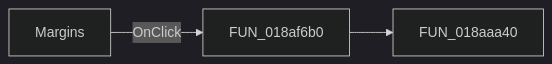
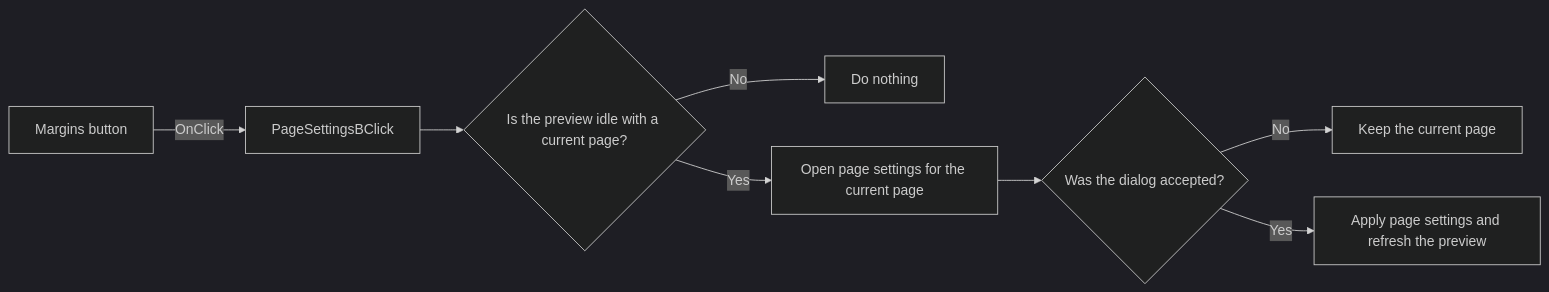
The diagram in docs/ui-controls/frxpreviewform/pagesettingsb-0e339488bf.md (MovGP0/TIARA), drawn with Mermaid (dark theme) before and after one commit. The commit also changed other lines of this file and 387 other files, not shown here.

````diff
--- a/docs/ui-controls/frxpreviewform/pagesettingsb-0e339488bf.md
+++ b/docs/ui-controls/frxpreviewform/pagesettingsb-0e339488bf.md
@@ -27,5 +27,10 @@
 ```mermaid
 flowchart LR
-    control["Margins"] -->|OnClick| handler["FUN_018af6b0"]
-    handler --> call1["FUN_018aaa40"]
+    control["Margins button"] -->|OnClick| handler["PageSettingsBClick"]
+    handler --> available{"Is the preview idle with a current page?"}
+    available -->|No| noop["Do nothing"]
+    available -->|Yes| dialog["Open page settings for the current page"]
+    dialog --> accepted{"Was the dialog accepted?"}
+    accepted -->|No| keep["Keep the current page"]
+    accepted -->|Yes| apply["Apply page settings and refresh the preview"]
 ```
````
